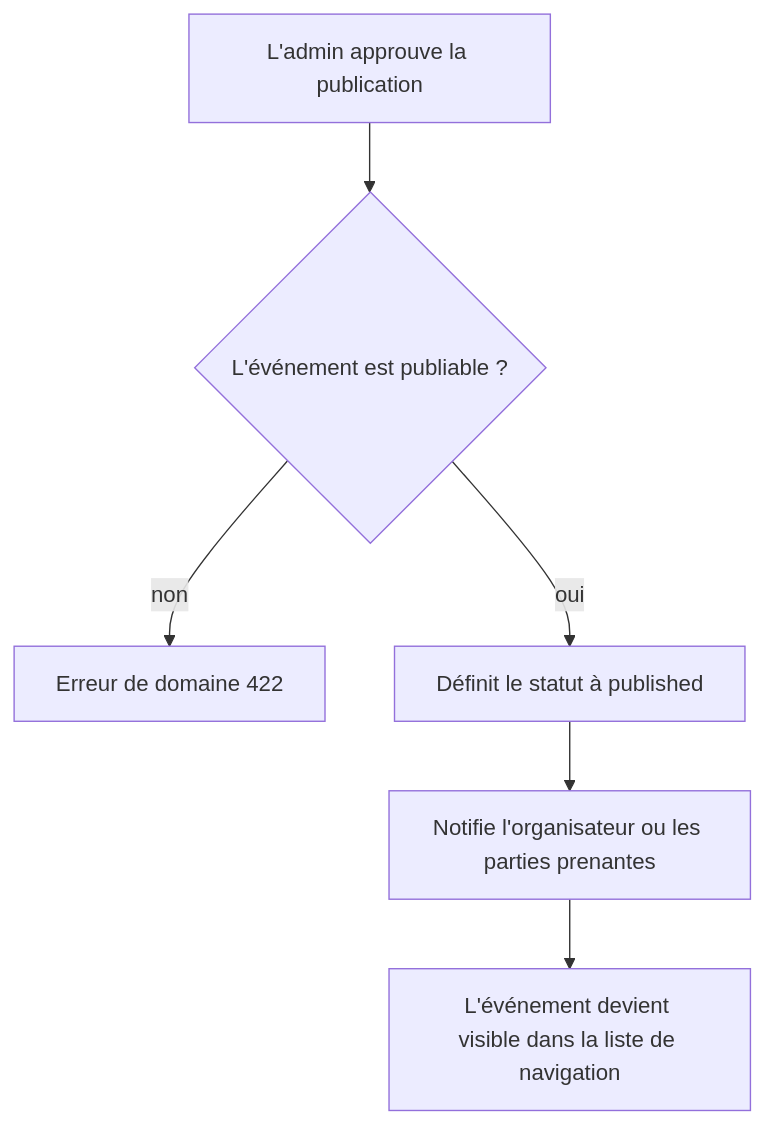
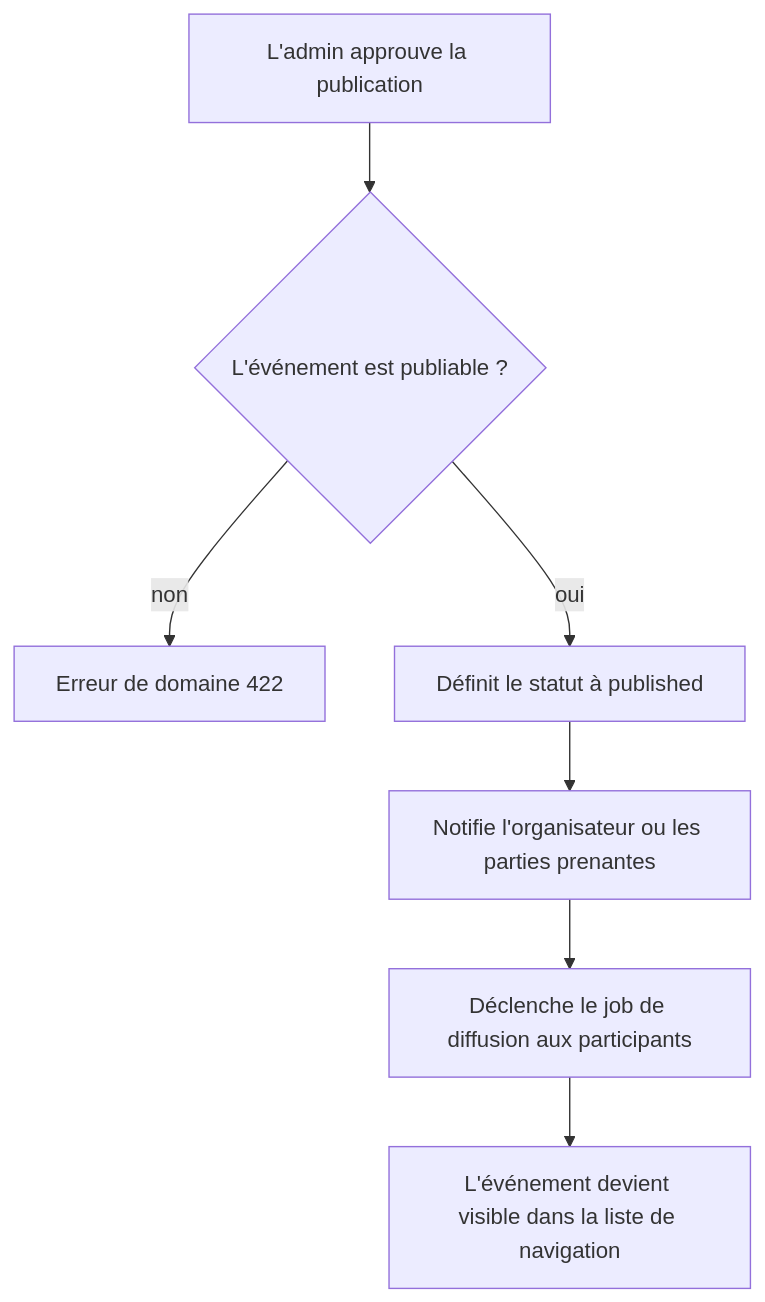
Before and after one commit to HOUDAZ011100100/SecRet-cms: diagram 13 of 34 in backend/docs/uml/workflows.md, drawn with Mermaid. The commit also changed other lines of this file and 27 other files, not shown here.

````diff
--- a/backend/docs/uml/workflows.md
+++ b/backend/docs/uml/workflows.md
@@ -310,8 +316,9 @@
 ```mermaid
 flowchart TD
     A[L'admin approuve la publication] --> B{L'événement est publiable ?}
     B -- non --> C[Erreur de domaine 422]
     B -- oui --> D[Définit le statut à published]
     D --> E[Notifie l'organisateur ou les parties prenantes]
-    E --> F[L'événement devient visible dans la liste de navigation]
+    E --> F[Déclenche le job de diffusion aux participants]
+    F --> G[L'événement devient visible dans la liste de navigation]
 ```
````
